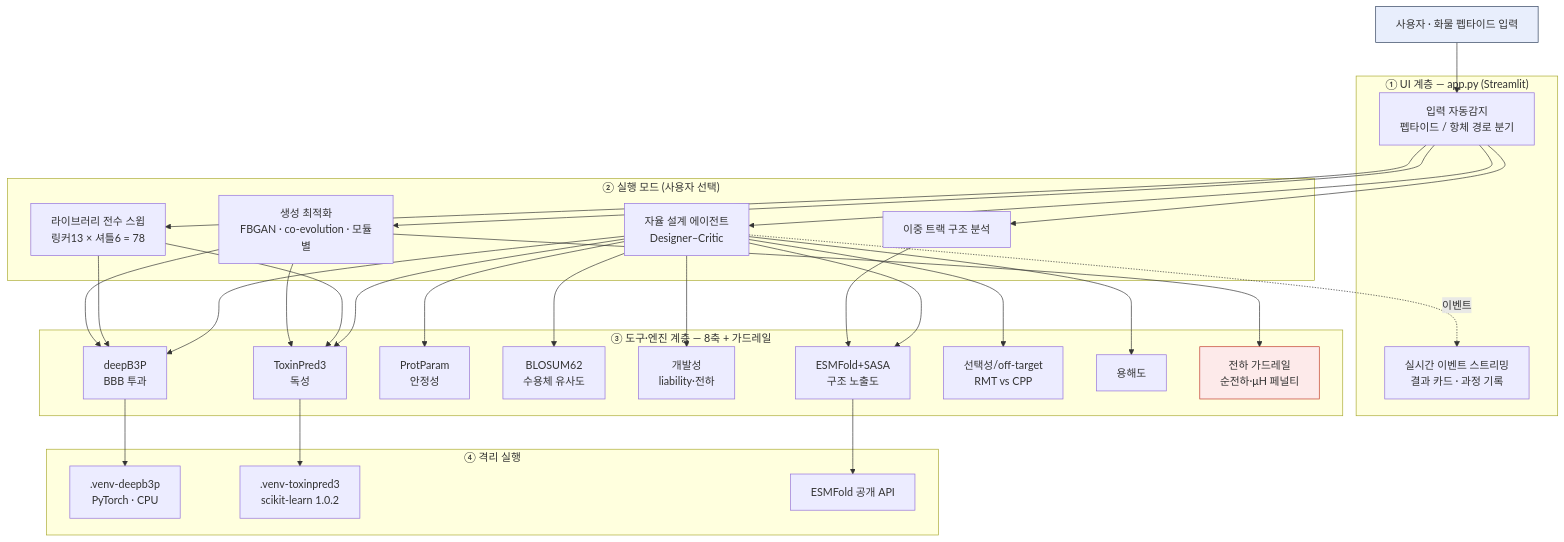
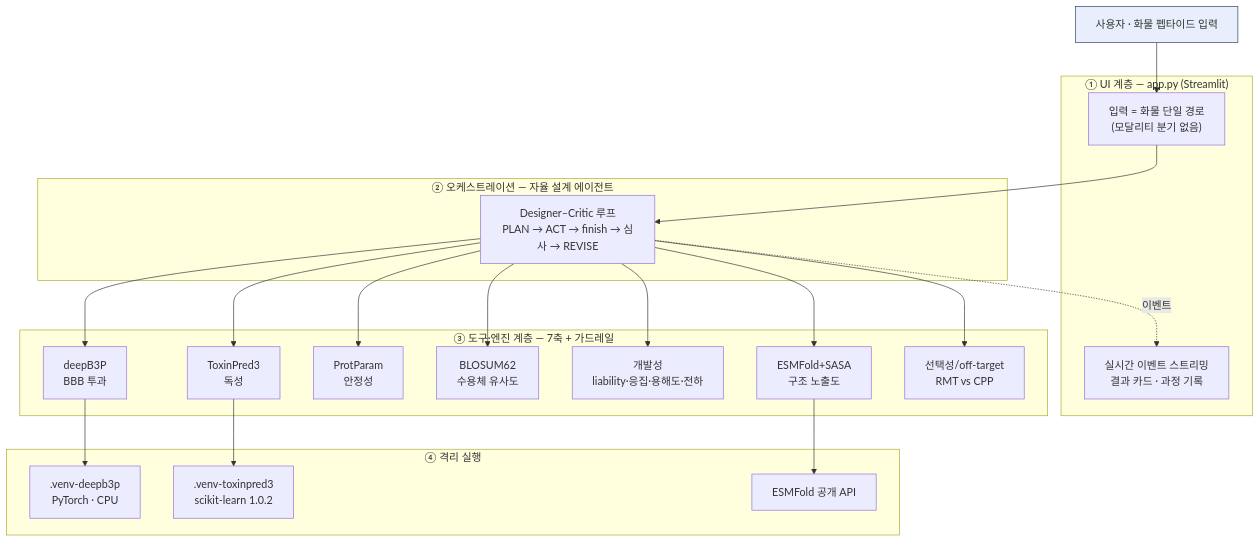
The first of 8 diagrams in 아키텍처.md (yunseul6028/BBB-Optimizer), drawn with Mermaid before and after one commit. The commit also changed other lines of this file, not shown here.

````diff
--- a/아키텍처.md
+++ b/아키텍처.md
@@ -18,48 +20,39 @@
 ```mermaid
 flowchart TB
   U["사용자 · 화물 펩타이드 입력"]:::user
 
   subgraph L1["① UI 계층 — app.py (Streamlit)"]
-    UI["입력 자동감지<br/>펩타이드 / 항체 경로 분기"]
+    UI["입력 = 화물 단일 경로<br/>(모달리티 분기 없음)"]
     STREAM["실시간 이벤트 스트리밍<br/>결과 카드 · 과정 기록"]
   end
 
-  subgraph L2["② 실행 모드 (사용자 선택)"]
-    AG["자율 설계 에이전트<br/>Designer–Critic"]
-    SWEEP["라이브러리 전수 스윕<br/>링커13 × 셔틀6 = 78"]
-    GEN["생성 최적화<br/>FBGAN · co-evolution · 모듈별"]
-    STR["이중 트랙 구조 분석"]
+  subgraph L2["② 오케스트레이션 — 자율 설계 에이전트"]
+    AG["Designer–Critic 루프<br/>PLAN → ACT → finish → 심사 → REVISE"]
   end
 
-  subgraph L3["③ 도구·엔진 계층 — 8축 + 가드레일"]
+  subgraph L3["③ 도구·엔진 계층 — 7축 + 가드레일"]
     E1["deepB3P<br/>BBB 투과"]
     E2["ToxinPred3<br/>독성"]
     E3["ProtParam<br/>안정성"]
     E4["BLOSUM62<br/>수용체 유사도"]
-    E5["개발성<br/>liability·전하"]
+    E5["개발성<br/>liability·응집·용해도·전하"]
     E6["ESMFold+SASA<br/>구조 노출도"]
     E7["선택성/off-target<br/>RMT vs CPP"]
-    E8["용해도"]
-    GUARD["전하 가드레일<br/>순전하·μH 페널티"]:::guard
   end
 
   subgraph L4["④ 격리 실행"]
     V1[".venv-deepb3p<br/>PyTorch · CPU"]
     V2[".venv-toxinpred3<br/>scikit-learn 1.0.2"]
     ESM["ESMFold 공개 API"]
   end
 
   U --> UI
-  UI --> AG & SWEEP & GEN & STR
+  UI --> AG
   AG -.->|이벤트| STREAM
-  AG --> E1 & E2 & E3 & E4 & E5 & E6 & E7 & E8
-  SWEEP --> E1 & E2
-  GEN --> E1 & E2 & GUARD
-  STR --> E6
+  AG --> E1 & E2 & E3 & E4 & E5 & E6 & E7
   E1 --> V1
   E2 --> V2
   E6 --> ESM
 
   classDef user fill:#e8eefc,stroke:#30405c;
-  classDef guard fill:#fdeaea,stroke:#c0392b;
 ```
````
